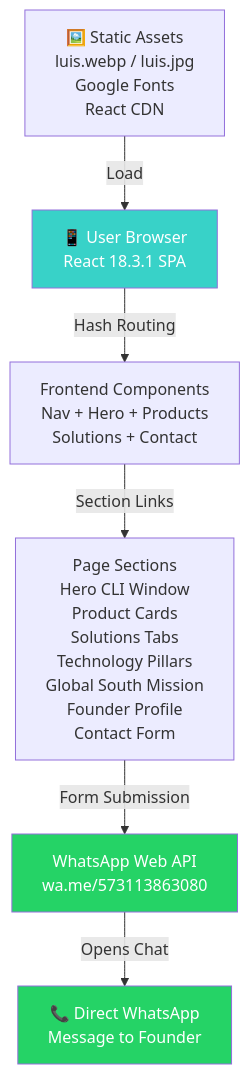
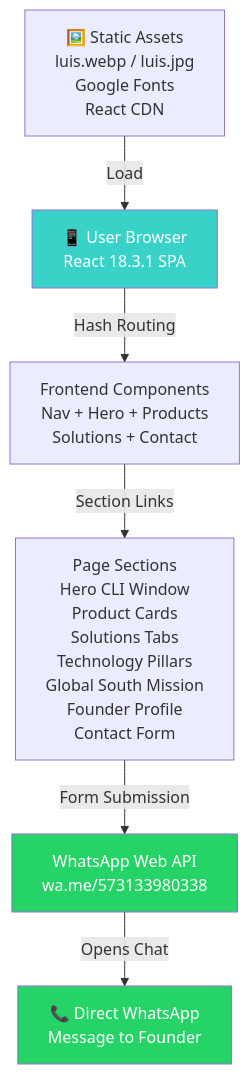
One commit to lfarizav/beanters changed the first of 4 diagrams in README.md. Above: the diagram before and after it, drawn with Mermaid. The commit also changed other lines of this file and 10 other files, not shown here.

````diff
--- a/README.md
+++ b/README.md
@@ -99,16 +99,16 @@
 ```mermaid
 graph TB
     A["📱 User Browser<br/>React 18.3.1 SPA"] -->|Hash Routing| B["Frontend Components<br/>Nav + Hero + Products<br/>Solutions + Contact"]
     
     B -->|Section Links| C["Page Sections<br/>Hero CLI Window<br/>Product Cards<br/>Solutions Tabs<br/>Technology Pillars<br/>Global South Mission<br/>Founder Profile<br/>Contact Form"]
     
-    C -->|Form Submission| D["WhatsApp Web API<br/>wa.me/573113863080"]
+    C -->|Form Submission| D["WhatsApp Web API<br/>wa.me/573133980338"]
     
     E["🖼️ Static Assets<br/>luis.webp / luis.jpg<br/>Google Fonts<br/>React CDN"] -->|Load| A
     
     D -->|Opens Chat| F["📞 Direct WhatsApp<br/>Message to Founder"]
     
     style A fill:#38d2c8,color:#fff
     style D fill:#25d366,color:#fff
     style F fill:#25d366,color:#fff
 ```
````
